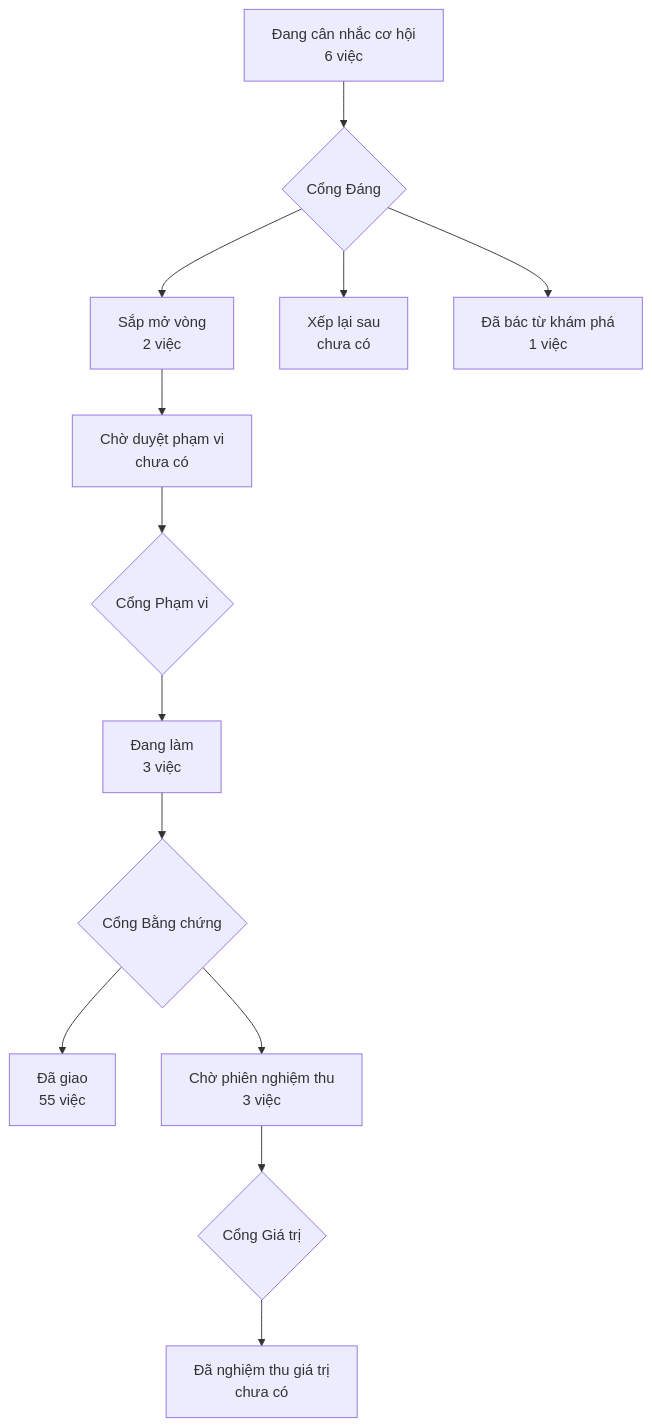
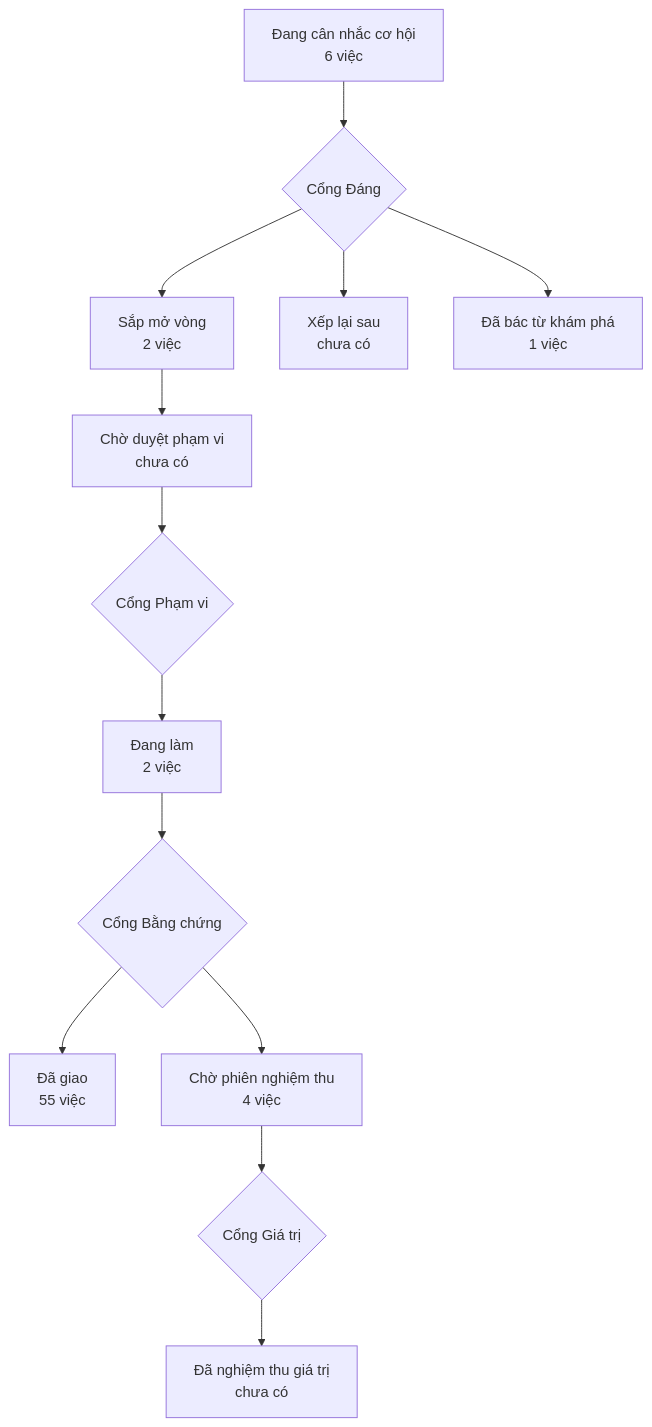
Before and after one commit to phanlemanh/acceptance-gate-kit: the diagram in PRODUCT-MAP.md, drawn with Mermaid. The commit also changed 3 other files, not shown here.

````diff
--- a/PRODUCT-MAP.md
+++ b/PRODUCT-MAP.md
@@ -6,12 +6,12 @@
 ```mermaid
 flowchart TD
   A["Đang cân nhắc cơ hội<br/>6 việc"] --> GD{"Cổng Đáng"}
   GD --> B["Sắp mở vòng<br/>2 việc"]
   GD --> XL["Xếp lại sau<br/>chưa có"]
   GD --> DB["Đã bác từ khám phá<br/>1 việc"]
   B --> CD["Chờ duyệt phạm vi<br/>chưa có"] --> GP{"Cổng Phạm vi"}
-  GP --> DL["Đang làm<br/>3 việc"] --> GB{"Cổng Bằng chứng"}
+  GP --> DL["Đang làm<br/>2 việc"] --> GB{"Cổng Bằng chứng"}
   GB --> DG["Đã giao<br/>55 việc"]
-  GB --> CN["Chờ phiên nghiệm thu<br/>3 việc"] --> GG{"Cổng Giá trị"}
+  GB --> CN["Chờ phiên nghiệm thu<br/>4 việc"] --> GG{"Cổng Giá trị"}
   GG --> NT["Đã nghiệm thu giá trị<br/>chưa có"]
 ```
````
